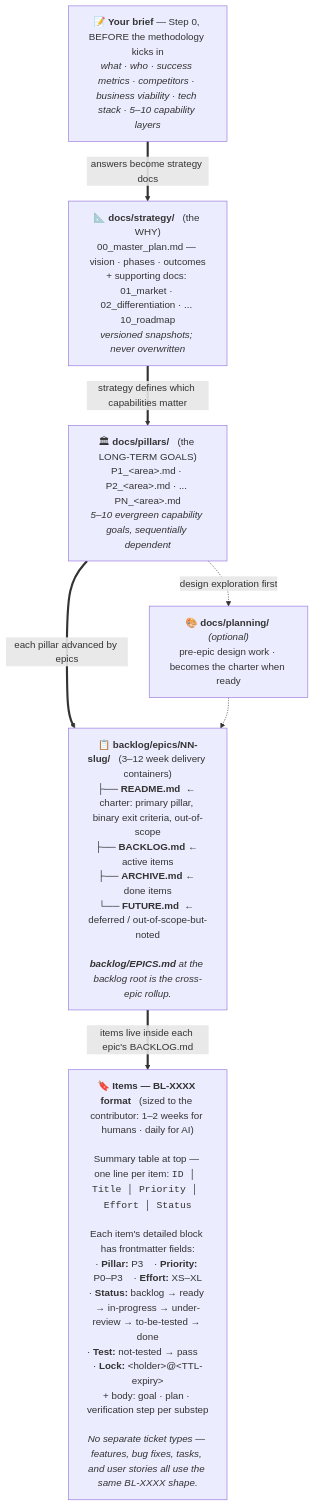
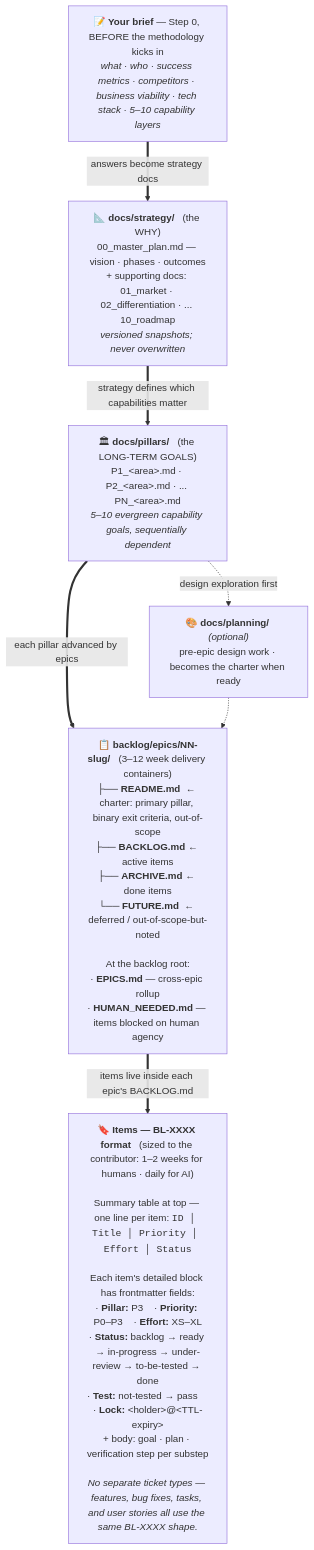
One commit to Korner83/ai-development-methodology changed the second of 2 diagrams in README.md. Above: the diagram before and after it, drawn with Mermaid. The commit also changed other lines of this file and 4 other files, not shown here.

````diff
--- a/README.md
+++ b/README.md
@@ -129,23 +135,23 @@
 ```mermaid
 flowchart TB
     BRIEF["📝 <b>Your brief</b> — Step 0, BEFORE the methodology kicks in<br/><i>what · who · success metrics · competitors · business viability · tech stack · 5–10 capability layers</i>"]
 
     BRIEF ==>|"answers become strategy docs"| STRAT
 
     STRAT["📐 <b>docs/strategy/</b> &nbsp; (the WHY)<br/>00_master_plan.md — vision · phases · outcomes<br/>+ supporting docs: 01_market · 02_differentiation · ... 10_roadmap<br/><i>versioned snapshots; never overwritten</i>"]
 
     STRAT ==>|"strategy defines which capabilities matter"| PIL
 
     PIL["🏛 <b>docs/pillars/</b> &nbsp; (the LONG-TERM GOALS)<br/>P1_&lt;area&gt;.md · P2_&lt;area&gt;.md · ... PN_&lt;area&gt;.md<br/><i>5–10 evergreen capability goals, sequentially dependent</i>"]
 
     PIL ==>|"each pillar advanced by epics"| EPICS
     PIL -.->|"design exploration first"| PLAN
     PLAN["🎨 <b>docs/planning/</b> <i>(optional)</i><br/>pre-epic design work · becomes the charter when ready"]
     PLAN -.-> EPICS
 
-    EPICS["📋 <b>backlog/epics/NN-slug/</b> &nbsp; (3–12 week delivery containers)<br/>├── <b>README.md</b> &nbsp;← charter: primary pillar, binary exit criteria, out-of-scope<br/>├── <b>BACKLOG.md</b> ← active items<br/>├── <b>ARCHIVE.md</b> ← done items<br/>└── <b>FUTURE.md</b> &nbsp;← deferred / out-of-scope-but-noted<br/><br/><i><b>backlog/EPICS.md</b> at the backlog root is the cross-epic rollup.</i>"]
+    EPICS["📋 <b>backlog/epics/NN-slug/</b> &nbsp; (3–12 week delivery containers)<br/>├── <b>README.md</b> &nbsp;← charter: primary pillar, binary exit criteria, out-of-scope<br/>├── <b>BACKLOG.md</b> ← active items<br/>├── <b>ARCHIVE.md</b> ← done items<br/>└── <b>FUTURE.md</b> &nbsp;← deferred / out-of-scope-but-noted<br/><br/>At the backlog root:<br/>· <b>EPICS.md</b> — cross-epic rollup<br/>· <b>HUMAN_NEEDED.md</b> — items blocked on human agency"]
 
     EPICS ==>|"items live inside each epic's BACKLOG.md"| ITEMS
 
     ITEMS["🔖 <b>Items — BL-XXXX format</b> &nbsp; (sized to the contributor: 1–2 weeks for humans · daily for AI)<br/><br/>Summary table at top — one line per item: <code>ID │ Title │ Priority │ Effort │ Status</code><br/><br/>Each item's detailed block has frontmatter fields:<br/>· <b>Pillar:</b> P3 &nbsp;&nbsp; · <b>Priority:</b> P0–P3 &nbsp;&nbsp; · <b>Effort:</b> XS–XL<br/>· <b>Status:</b> backlog → ready → in-progress → under-review → to-be-tested → done<br/>· <b>Test:</b> not-tested → pass &nbsp;&nbsp; · <b>Lock:</b> &lt;holder&gt;@&lt;TTL-expiry&gt;<br/>+ body: goal · plan · verification step per substep<br/><br/><i>No separate ticket types — features, bug fixes, tasks, and user stories all use the same BL-XXXX shape.</i>"]
 ```
````
